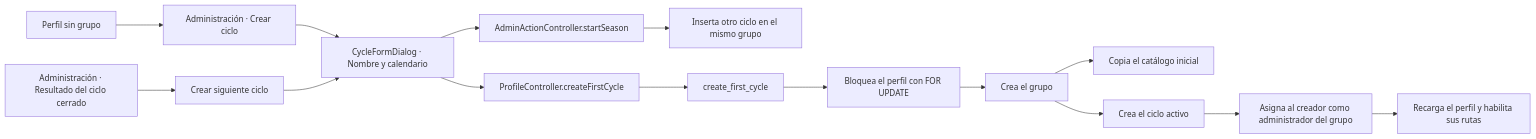
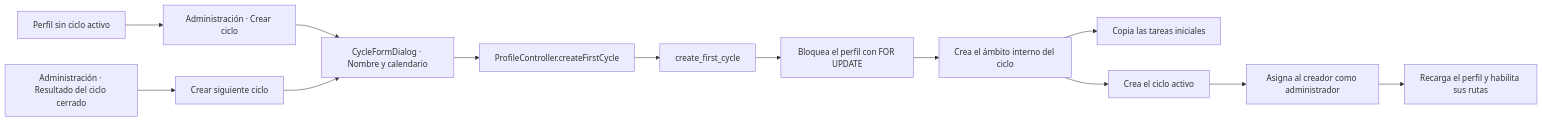
Before and after one commit to EMSiiU/casa_en_juego: the sixth of 8 diagrams in docs/MANUAL.md, drawn with Mermaid. The commit also changed other lines of this file and 32 other files, not shown here.

````diff
--- a/docs/MANUAL.md
+++ b/docs/MANUAL.md
@@ -323,17 +325,15 @@
 ```mermaid
 flowchart LR
-    Profile["Perfil sin grupo"] --> Start["Administración · Crear ciclo"]
+    Profile["Perfil sin ciclo activo"] --> Start["Administración · Crear ciclo"]
     Closed["Administración · Resultado del ciclo cerrado"] --> Next["Crear siguiente ciclo"]
     Start --> Form["CycleFormDialog · Nombre y calendario"]
     Next --> Form
     Form --> Controller["ProfileController.createFirstCycle"]
-    Form --> Admin["AdminActionController.startSeason"]
-    Admin --> Existing["Inserta otro ciclo en el mismo grupo"]
     Controller --> RPC["create_first_cycle"]
     RPC --> Lock["Bloquea el perfil con FOR UPDATE"]
-    Lock --> Group["Crea el grupo"]
-    Group --> Catalog["Copia el catálogo inicial"]
+    Lock --> Group["Crea el ámbito interno del ciclo"]
+    Group --> Catalog["Copia las tareas iniciales"]
     Group --> Season["Crea el ciclo activo"]
-    Season --> Role["Asigna al creador como administrador del grupo"]
+    Season --> Role["Asigna al creador como administrador"]
     Role --> Refresh["Recarga el perfil y habilita sus rutas"]
 ```
````
